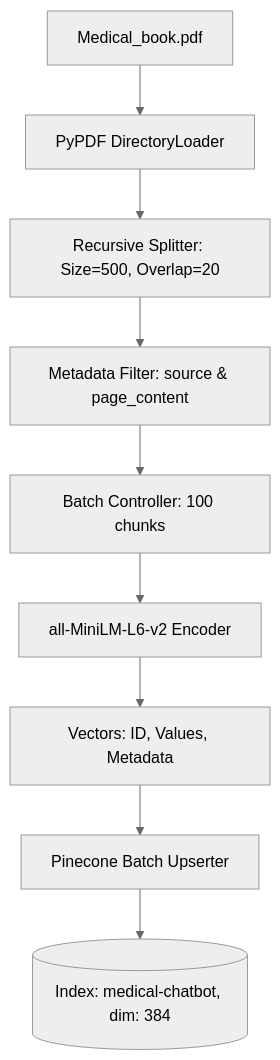
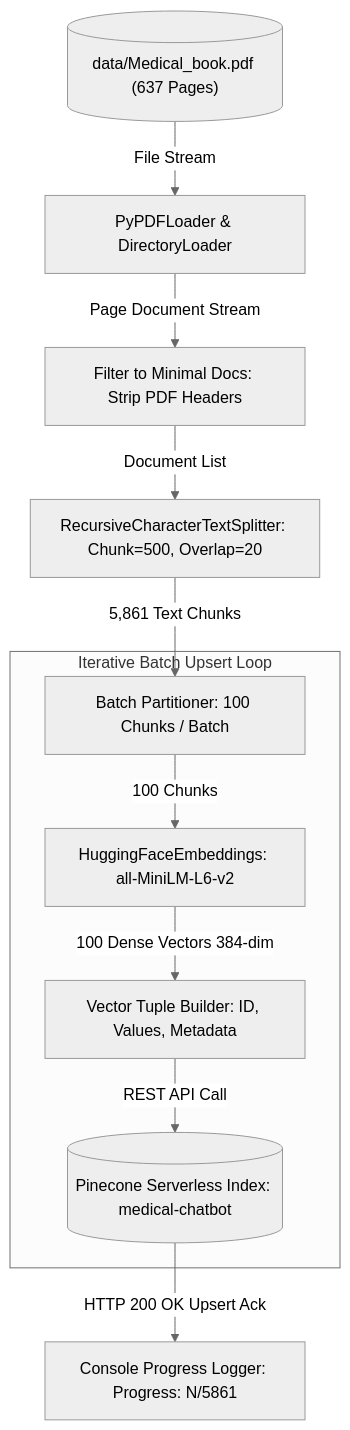
One commit to nirajmandal1/medico changed the fourth of 7 diagrams in context.md. Above: the diagram before and after it, drawn with Mermaid (neutral theme). The commit also changed other lines of this file, not shown here.

````diff
--- a/context.md
+++ b/context.md
@@ -101,11 +335,15 @@
 ```mermaid
 graph TD
-    PDF[Medical_book.pdf] --> Loader[PyPDF DirectoryLoader]
-    Loader --> Chunker[Recursive Splitter: Size=500, Overlap=20]
-    Chunker --> Normalizer[Metadata Filter: source & page_content]
-    Normalizer --> Batcher[Batch Controller: 100 chunks]
-    Batcher --> Embedder[all-MiniLM-L6-v2 Encoder]
-    Embedder --> VectorBuffer[Vectors: ID, Values, Metadata]
-    VectorBuffer --> Upserter[Pinecone Batch Upserter]
-    Upserter --> PineconeIndex[(Index: medical-chatbot, dim: 384)]
+    PDFFile[("data/Medical_book.pdf (637 Pages)")] -->|File Stream| PyPDF[PyPDFLoader & DirectoryLoader]
+    PyPDF -->|Page Document Stream| MetaFilter[Filter to Minimal Docs: Strip PDF Headers]
+    MetaFilter -->|Document List| Splitter[RecursiveCharacterTextSplitter: Chunk=500, Overlap=20]
+    Splitter -->|5,861 Text Chunks| BatchQueue[Batch Partitioner: 100 Chunks / Batch]
+    
+    subgraph Batch_Loop["Iterative Batch Upsert Loop"]
+        BatchQueue -->|100 Chunks| HuggingFace[HuggingFaceEmbeddings: all-MiniLM-L6-v2]
+        HuggingFace -->|100 Dense Vectors 384-dim| PayloadBuilder[Vector Tuple Builder: ID, Values, Metadata]
+        PayloadBuilder -->|REST API Call| PineconeServerless[("Pinecone Serverless Index: medical-chatbot")]
+    end
+    
+    PineconeServerless -->|HTTP 200 OK Upsert Ack| Logger[Console Progress Logger: Progress: N/5861]
 ```
````
